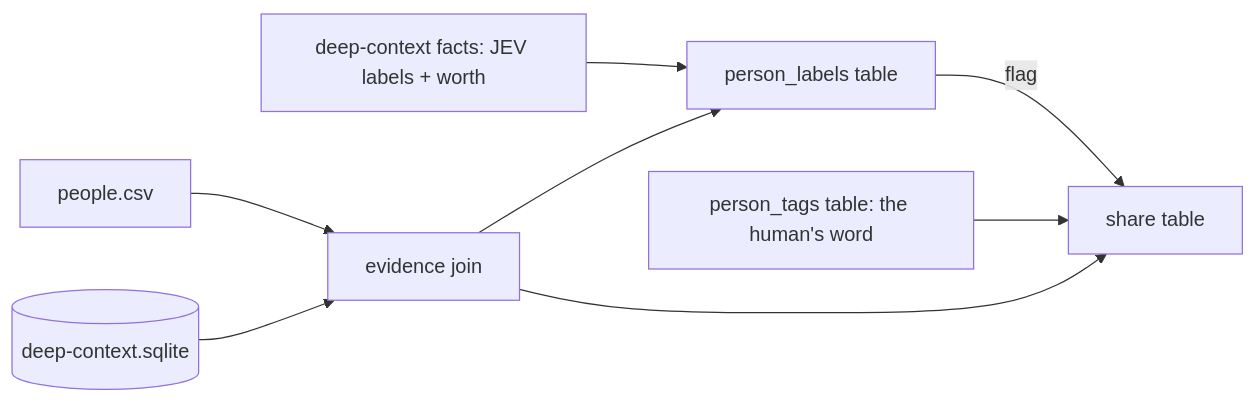
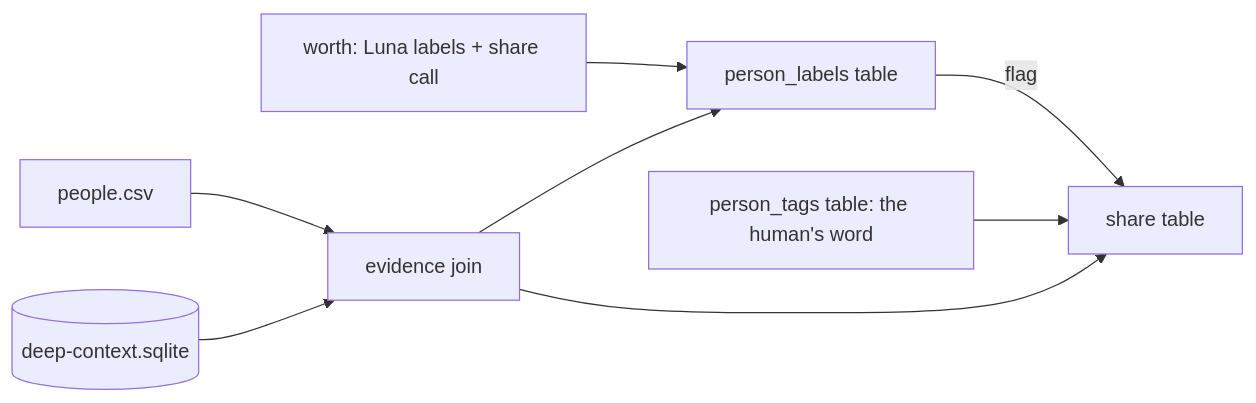
One commit to powerset-co/powerpacks changed the diagram in packs/ingestion/primitives/share/README.md. Above: the diagram before and after it, drawn with Mermaid. The commit also changed other lines of this file and 18 other files, not shown here.

First line of the commit message:
feat(signals): worth, labels and the share call on OpenAI's Luna Decisions

````diff
--- a/packs/ingestion/primitives/share/README.md
+++ b/packs/ingestion/primitives/share/README.md
@@ -8,10 +8,10 @@
 ```mermaid
 flowchart LR
-  F[deep-context facts: JEV labels + worth] --> PL[person_labels table]
+  F[worth: Luna labels + share call] --> PL[person_labels table]
   P[people.csv] --> E[evidence join]
   DB[(deep-context.sqlite)] --> E
   E --> PL
   E --> S[share table]
   T[person_tags table: the human's word] --> S
   PL -->|flag| S
 ```
````
